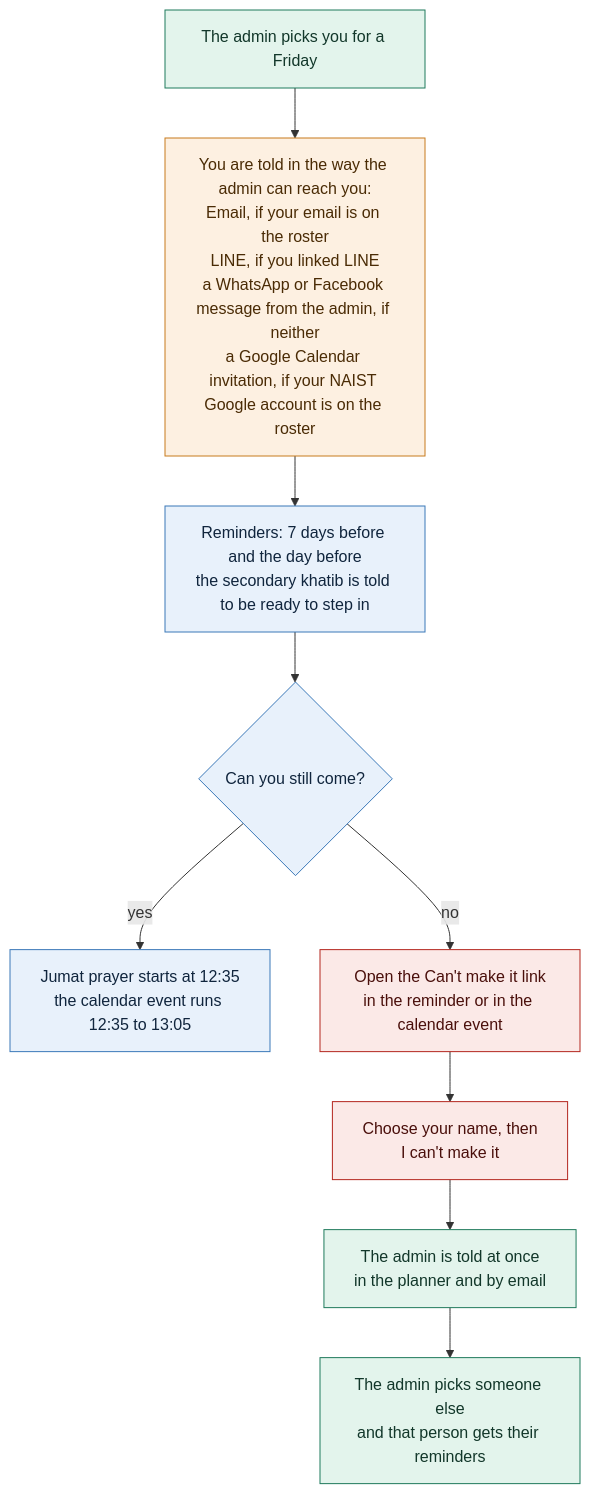
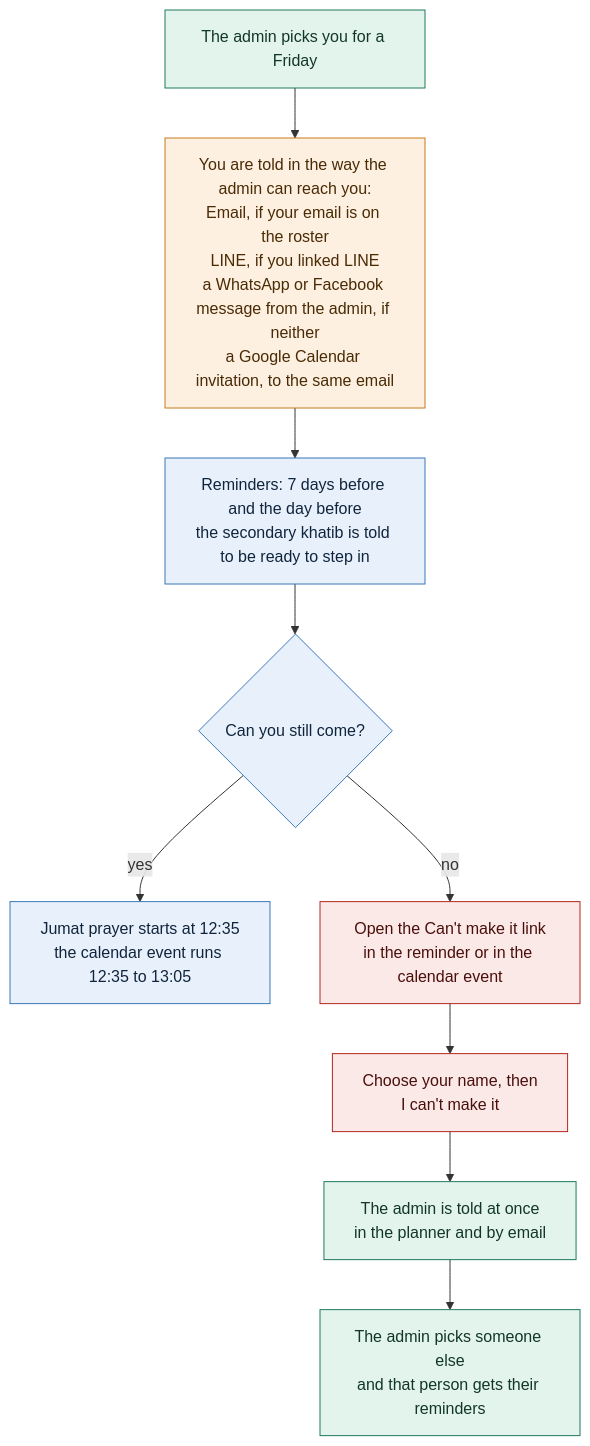
Before and after one commit to mushaffarasyidridha/Jumat-Scheduler-NAIST: the diagram in public/flows/member-scheduled.mmd, drawn with Mermaid. The commit also changed 9 other files, not shown here.

First line of the commit message:
Invitations go to the roster Email; a separate Google address is optional

```diff
--- a/public/flows/member-scheduled.mmd
+++ b/public/flows/member-scheduled.mmd
@@ -1,18 +1,18 @@
 flowchart TD
-  A["The admin picks you for a Friday"] --> B["You are told in the way the admin can reach you:<br/>Email, if your email is on the roster<br/>LINE, if you linked LINE<br/>a WhatsApp or Facebook message from the admin, if neither<br/>a Google Calendar invitation, if your NAIST Google account is on the roster"]
+  A["The admin picks you for a Friday"] --> B["You are told in the way the admin can reach you:<br/>Email, if your email is on the roster<br/>LINE, if you linked LINE<br/>a WhatsApp or Facebook message from the admin, if neither<br/>a Google Calendar invitation, to the same email"]
   B --> C["Reminders: 7 days before and the day before<br/>the secondary khatib is told to be ready to step in"]
   C --> D{"Can you still come?"}
   D -->|"yes"| E["Jumat prayer starts at 12:35<br/>the calendar event runs 12:35 to 13:05"]
   D -->|"no"| F["Open the Can't make it link<br/>in the reminder or in the calendar event"]
   F --> G["Choose your name, then<br/>I can't make it"]
   G --> H["The admin is told at once<br/>in the planner and by email"]
   H --> I["The admin picks someone else<br/>and that person gets their reminders"]
 
   classDef member fill:#e8f1fb,stroke:#3b78b8,color:#10253d
   classDef admin fill:#e3f4ec,stroke:#1f7a5c,color:#12372a
   classDef out fill:#fdf0e1,stroke:#c77b1c,color:#4a2b05
   classDef warn fill:#fbe9e7,stroke:#b3261e,color:#4a0f0b
   class A,H,I admin
   class C,D,E member
   class B out
   class F,G warn
```
